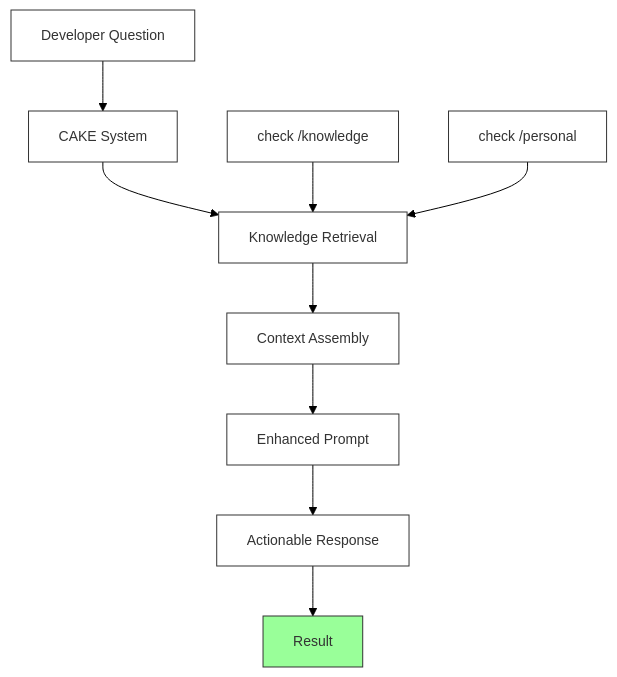
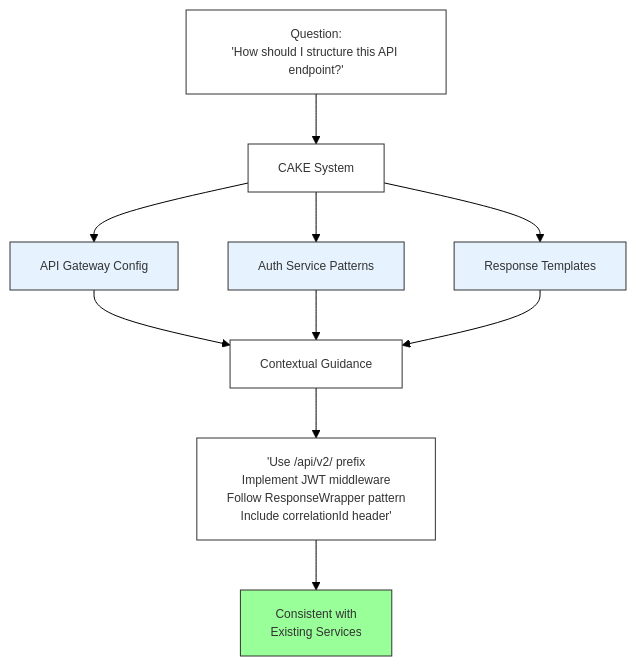
Before and after one commit to tk0221/prompt-template: the second of 2 diagrams in README.md, drawn with Mermaid. The commit also changed other lines of this file, not shown here.

Commit message:
update example

````diff
--- a/README.md
+++ b/README.md
@@ -29,22 +27,23 @@
 ```mermaid
 %%{init: {'theme':'base', 'themeVariables': { 'fontSize': '14px', 'fontFamily': 'arial', 'background': '#ffffff' }}}%%
 graph TD
-    A2["Developer Question"] --> B2["CAKE System"]
-    B2 --> C2["Knowledge Retrieval"]
-    C2 --> D2["Context Assembly"]
-    C22["check /knowledge"] --> C2
-    C222["check /personal"] --> C2
-    D2 --> E2["Enhanced Prompt"]
-    E2 --> F2["Actionable Response"]
-    F2 --> G2["Result"]
+    A2["Question:<br/>'How should I structure this API endpoint?'"] --> B2["CAKE System"]
+    B2 --> C2["API Gateway Config"]
+    B2 --> C3["Auth Service Patterns"]
+    B2 --> C4["Response Templates"]
+    C2 --> D2["Contextual Guidance"]
+    C3 --> D2
+    C4 --> D2
+    D2 --> E2["'Use /api/v2/ prefix<br/>Implement JWT middleware<br/>Follow ResponseWrapper<T> pattern<br/>Include correlationId header'"]
+    E2 --> F2["Consistent with<br/>Existing Services"]
     
-    style A2 fill:#ffffff,stroke:#333,font-size:14px
-    style B2 fill:#ffffff,stroke:#333,font-size:14px
-    style C2 fill:#ffffff,stroke:#333,font-size:14px
-    style C22 fill:#ffffff,stroke:#333,font-size:14px
-    style C222 fill:#ffffff,stroke:#333,font-size:14px
-    style D2 fill:#ffffff,stroke:#333,font-size:14px
-    style E2 fill:#ffffff,stroke:#333,font-size:14px
-    style F2 fill:#ffffff,stroke:#333,font-size:14px
-    style G2 fill:#99ff99,stroke:#333,font-size:14px
+    style A2 fill:#ffffff,stroke:#333,font-size:12px
+    style B2 fill:#ffffff,stroke:#333,font-size:12px
+    style C2 fill:#e6f3ff,stroke:#333,font-size:12px
+    style C3 fill:#e6f3ff,stroke:#333,font-size:12px
+    style C4 fill:#e6f3ff,stroke:#333,font-size:12px
+    style D2 fill:#ffffff,stroke:#333,font-size:12px
+    style E2 fill:#ffffff,stroke:#333,font-size:12px
+    style F2 fill:#99ff99,stroke:#333,font-size:12px
+
 ```
````
